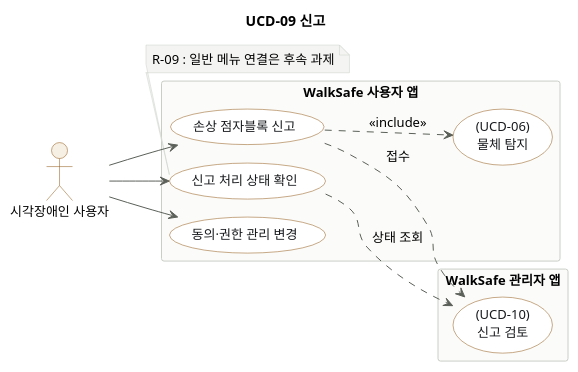
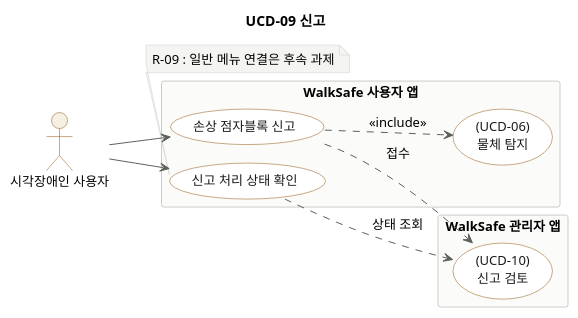
Before and after one commit to ddobagih/Hanium_Dreamup: the tenth of 11 diagrams in docs/planning/walksafe-usecase-diagrams.puml, drawn with PlantUML. The commit also changed other lines of this file and 12 other files, not shown here.

```diff
--- a/docs/planning/walksafe-usecase-diagrams.puml
+++ b/docs/planning/walksafe-usecase-diagrams.puml
@@ -519,52 +521,50 @@
 @startuml UCD-09
 !pragma layout smetana
 left to right direction
 skinparam defaultFontName "Apple SD Gothic Neo"
 skinparam defaultFontSize 13
 skinparam shadowing false
 skinparam ArrowColor #5b6159
 skinparam usecase {
   BackgroundColor #ffffff
   BorderColor #8f5510
   FontColor #17191c
 }
 skinparam actor {
   BackgroundColor #f6efe3
   BorderColor #8f5510
 }
 skinparam rectangle {
   BackgroundColor #fbfbf9
   BorderColor #c9cec6
 }
 skinparam note {
   BackgroundColor #f4f5f2
   BorderColor #c9cec6
 }
 
 title UCD-09 신고
 
 actor "시각장애인 사용자" as User
 
 rectangle "WalkSafe 사용자 앱" {
-  usecase "손상 점자블록 신고" as UC28
-  usecase "신고 처리 상태 확인" as UC29
-  usecase "동의·권한 관리 변경" as UC30
-  usecase "(UCD-06)\n물체 탐지" as UC19
+  usecase "손상 점자블록 신고" as UC29
+  usecase "신고 처리 상태 확인" as UC30
+  usecase "(UCD-06)\n물체 탐지" as UC20
 }
 
 rectangle "WalkSafe 관리자 앱" {
   usecase "(UCD-10)\n신고 검토" as UC32
 }
 
-User --> UC28
 User --> UC29
 User --> UC30
 
-UC28 ..> UC19 : <<include>>
-UC28 ..> UC32 : 접수
-UC29 ..> UC32 : 상태 조회
+UC29 ..> UC20 : <<include>>
+UC29 ..> UC32 : 접수
+UC30 ..> UC32 : 상태 조회
 
-note bottom of UC29
+note bottom of UC30
   R-09 : 일반 메뉴 연결은 후속 과제
 end note
 @enduml
```
